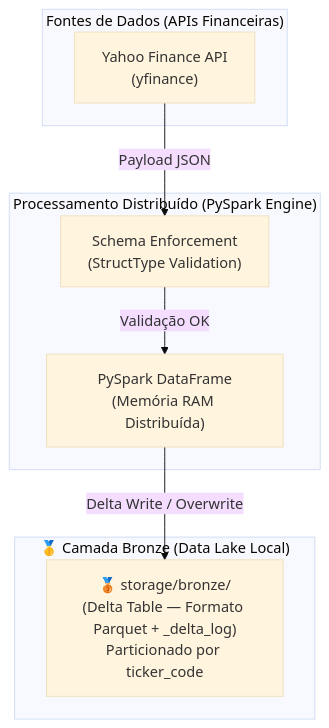
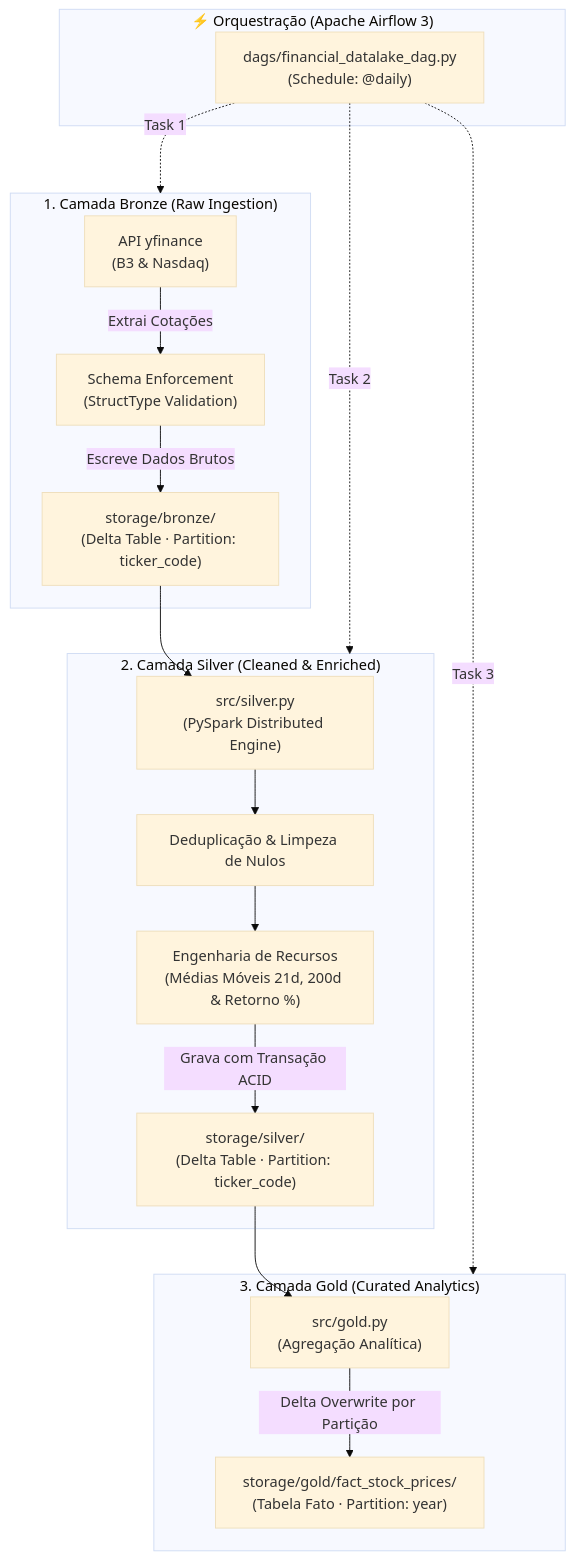
The diagram in README.md (loweri/datalake-pyspark), drawn with Mermaid (base theme) before and after one commit. The commit also changed other lines of this file and 3 other files, not shown here.

Commit message:
docs: atualiza README completo com arquitetura medallion, testes pytest e airflow

````diff
--- a/README.md
+++ b/README.md
@@ -20,18 +33,38 @@
 ```mermaid
 flowchart TD
-    subgraph Origin ["Fontes de Dados (APIs Financeiras)"]
-        API1["Yahoo Finance API\n(yfinance)"]
+    subgraph Orquestracao ["⚡ Orquestração (Apache Airflow 3)"]
+        DAG["dags/financial_datalake_dag.py\n(Schedule: @daily)"]
     end
 
-    subgraph Memory ["Processamento Distribuído (PySpark Engine)"]
+    subgraph Ingestao ["1. Camada Bronze (Raw Ingestion)"]
+        API["API yfinance\n(B3 & Nasdaq)"]
         SE["Schema Enforcement\n(StructType Validation)"]
-        DF["PySpark DataFrame\n(Memória RAM Distribuída)"]
-        API1 -->|Payload JSON| SE
-        SE -->|Validação OK| DF
+        DELTA_BRONZE["storage/bronze/\n(Delta Table · Partition: ticker_code)"]
+        API -->|Extrai Cotações| SE
+        SE -->|Escreve Dados Brutos| DELTA_BRONZE
     end
 
-    subgraph BronzeLayer ["🥇 Camada Bronze (Data Lake Local)"]
-        DeltaBronze["🥉 storage/bronze/\n(Delta Table — Formato Parquet + _delta_log)\nParticionado por ticker_code"]
-        DF -->|Delta Write / Overwrite| DeltaBronze
+    subgraph Silver ["2. Camada Silver (Cleaned & Enriched)"]
+        PY_SILVER["src/silver.py\n(PySpark Distributed Engine)"]
+        CLEAN["Deduplicação & Limpeza de Nulos"]
+        FEAT["Engenharia de Recursos\n(Médias Móveis 21d, 200d & Retorno %)"]
+        DELTA_SILVER["storage/silver/\n(Delta Table · Partition: ticker_code)"]
+
+        DELTA_BRONZE --> PY_SILVER
+        PY_SILVER --> CLEAN
+        CLEAN --> FEAT
+        FEAT -->|Grava com Transação ACID| DELTA_SILVER
     end
+
+    subgraph Gold ["3. Camada Gold (Curated Analytics)"]
+        PY_GOLD["src/gold.py\n(Agregação Analítica)"]
+        DELTA_GOLD["storage/gold/fact_stock_prices/\n(Tabela Fato · Partition: year)"]
+
+        DELTA_SILVER --> PY_GOLD
+        PY_GOLD -->|Delta Overwrite por Partição| DELTA_GOLD
+    end
+
+    DAG -.->|Task 1| Ingestao
+    DAG -.->|Task 2| Silver
+    DAG -.->|Task 3| Gold
 ```
````
